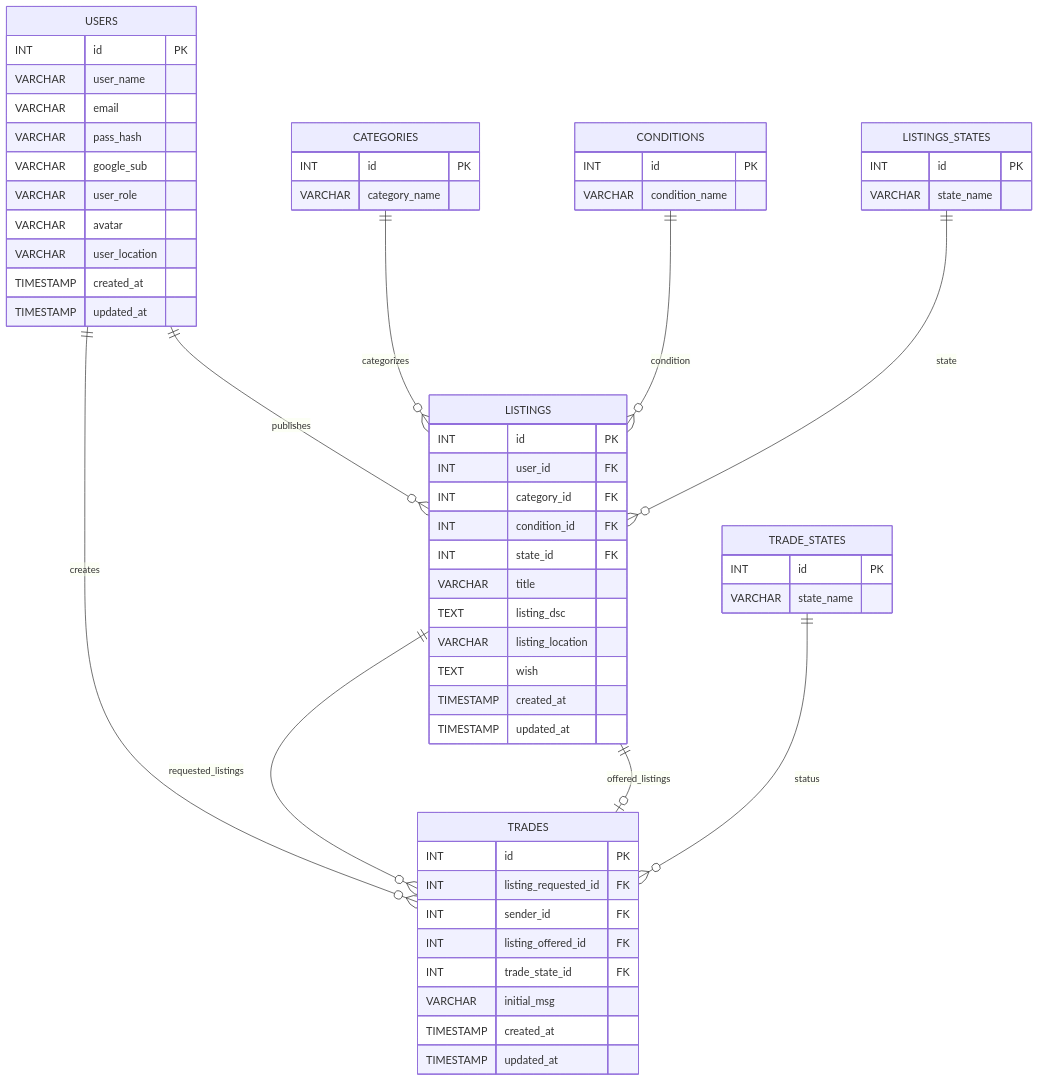
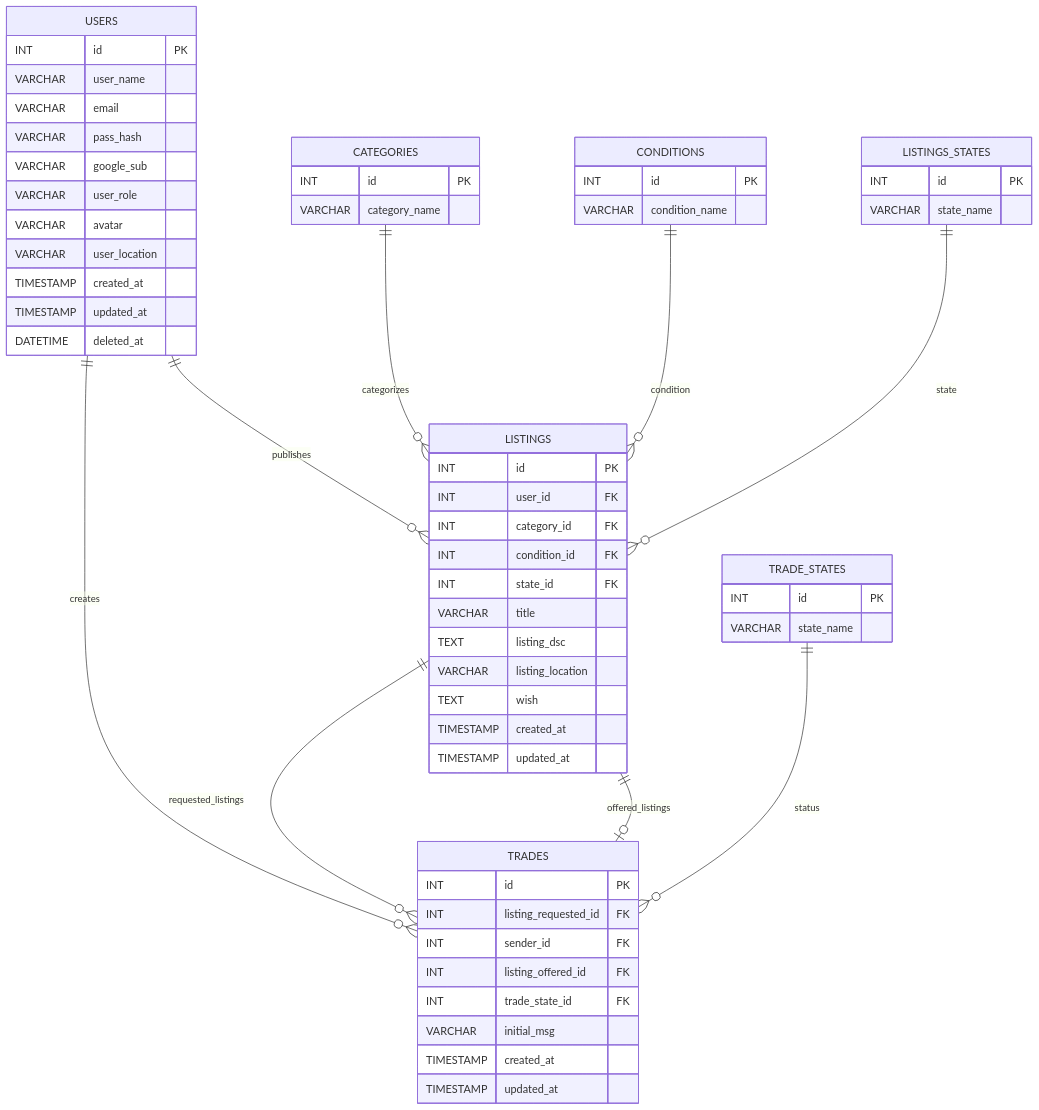
Before and after one commit to djunho/daka: the first of 2 diagrams in srcs/services/mariadb/dakaERD.md, drawn with Mermaid. The commit also changed other lines of this file and 5 other files, not shown here.

````diff
--- a/srcs/services/mariadb/dakaERD.md
+++ b/srcs/services/mariadb/dakaERD.md
@@ -5,71 +5,72 @@
 ```mermaid
 erDiagram
 
     USERS {
         INT id PK
         VARCHAR user_name
         VARCHAR email
         VARCHAR pass_hash
         VARCHAR	google_sub
         VARCHAR user_role
         VARCHAR avatar
         VARCHAR user_location
         TIMESTAMP created_at
         TIMESTAMP updated_at
+        DATETIME deleted_at
     }
 
     CATEGORIES {
         INT id PK
         VARCHAR category_name
     }
 
     CONDITIONS {
         INT id PK
         VARCHAR condition_name
     }
 
     LISTINGS_STATES {
         INT id PK
         VARCHAR state_name
     }
 
     TRADE_STATES {
         INT id PK
         VARCHAR state_name
     }
 
     LISTINGS {
         INT id PK
         INT user_id FK
         INT category_id FK
         INT condition_id FK
         INT state_id FK
         VARCHAR title
         TEXT listing_dsc
         VARCHAR listing_location
 		TEXT wish
         TIMESTAMP created_at
         TIMESTAMP updated_at
     }
 
     TRADES {
         INT id PK
         INT listing_requested_id FK
         INT sender_id FK
         INT listing_offered_id FK
         INT trade_state_id FK
         VARCHAR initial_msg
         TIMESTAMP created_at
         TIMESTAMP updated_at
     }
 
     USERS ||--o{ LISTINGS : publishes
     CATEGORIES ||--o{ LISTINGS : categorizes
     CONDITIONS ||--o{ LISTINGS : condition
     LISTINGS_STATES ||--o{ LISTINGS : state
 
     USERS ||--o{ TRADES : creates
     LISTINGS ||--o{ TRADES : requested_listings
     LISTINGS ||--o| TRADES : offered_listings
     TRADE_STATES ||--o{ TRADES : status
 ```
````
